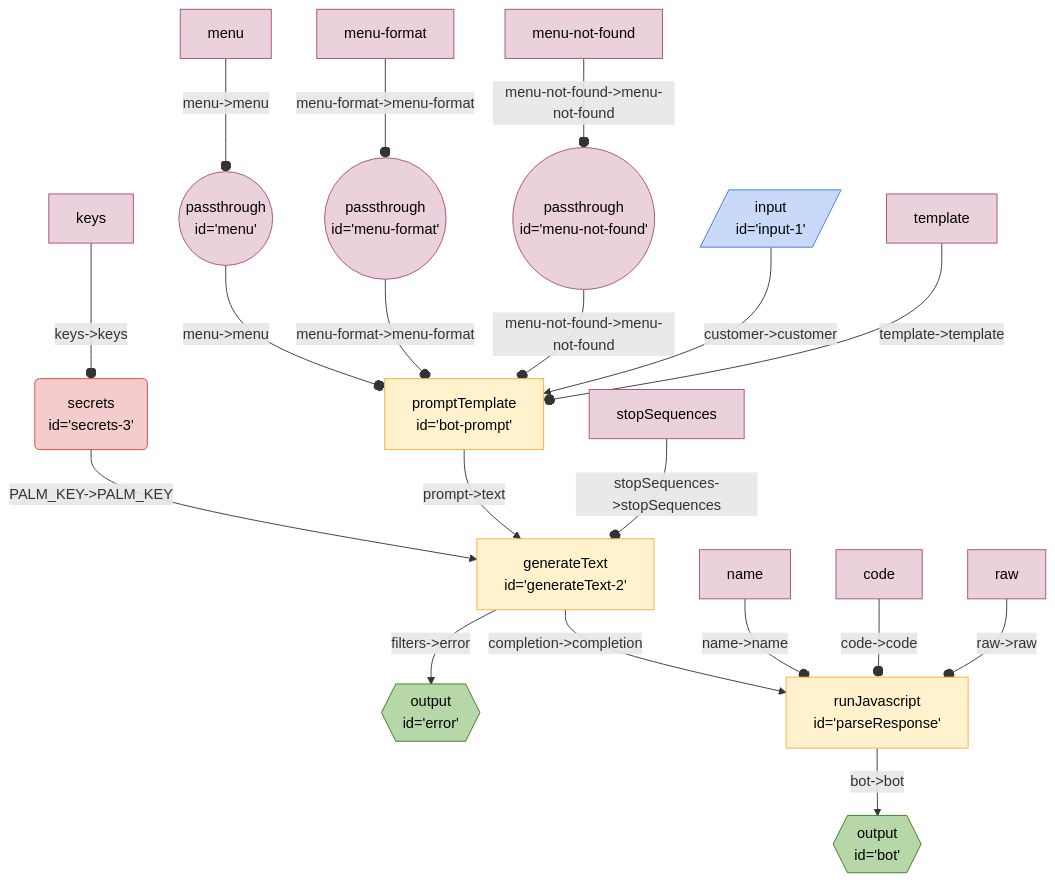
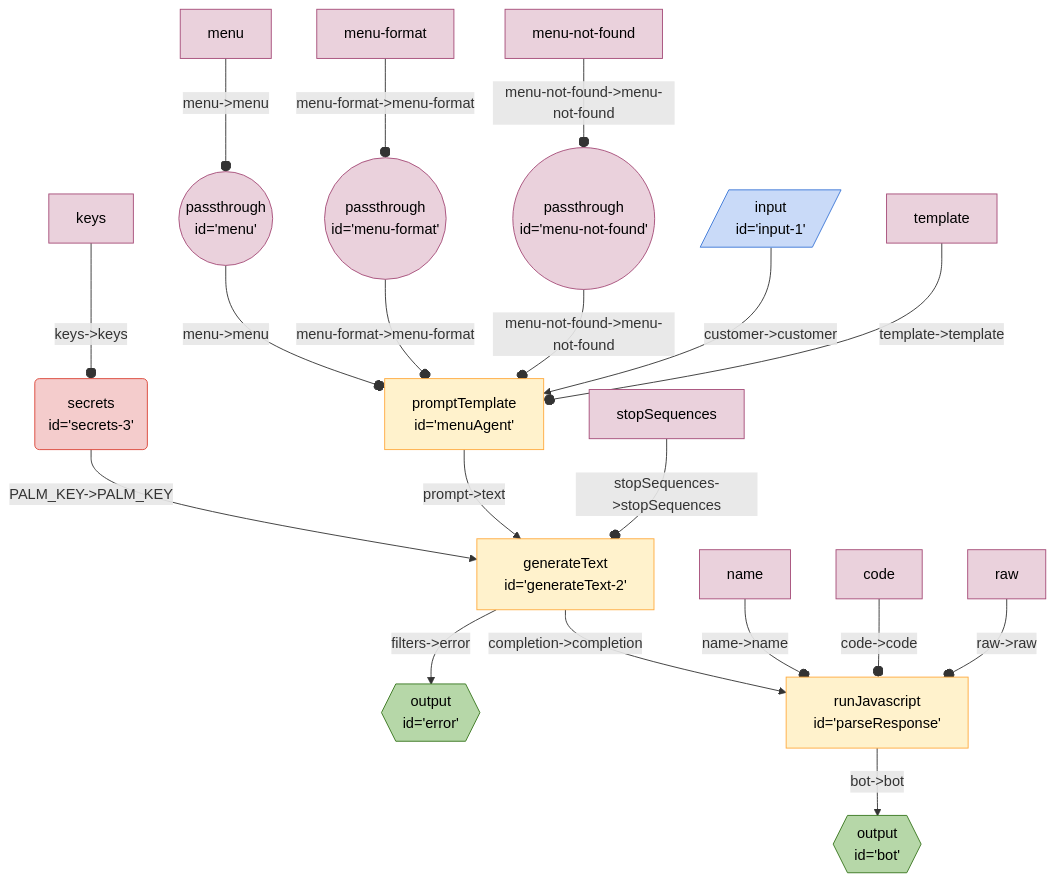
One commit to breadboard-ai/breadboard changed the diagram in seeds/coffee-bot-board/docs/menu-summary-agent.md. Above: the diagram before and after it, drawn with Mermaid. The commit also changed 9 other files, not shown here.

First line of the commit message:
[coffee-bot-board] Introduce `PromptMaker`

````diff
--- a/seeds/coffee-bot-board/docs/menu-summary-agent.md
+++ b/seeds/coffee-bot-board/docs/menu-summary-agent.md
@@ -3,30 +3,30 @@
 ```mermaid
 %%{init: 'themeVariables': { 'fontFamily': 'Fira Code, monospace' }}%%
 graph TD;
-menu(("passthrough <br> id='menu'")):::passthrough -- "menu->menu" --o botprompt["promptTemplate <br> id='bot-prompt'"]
-menuformat(("passthrough <br> id='menu-format'")):::passthrough -- "menu-format->menu-format" --o botprompt["promptTemplate <br> id='bot-prompt'"]
-menunotfound(("passthrough <br> id='menu-not-found'")):::passthrough -- "menu-not-found->menu-not-found" --o botprompt["promptTemplate <br> id='bot-prompt'"]
+menu(("passthrough <br> id='menu'")):::passthrough -- "menu->menu" --o menuAgent["promptTemplate <br> id='menuAgent'"]
+menuformat(("passthrough <br> id='menu-format'")):::passthrough -- "menu-format->menu-format" --o menuAgent["promptTemplate <br> id='menuAgent'"]
+menunotfound(("passthrough <br> id='menu-not-found'")):::passthrough -- "menu-not-found->menu-not-found" --o menuAgent["promptTemplate <br> id='menuAgent'"]
 generateText2["generateText <br> id='generateText-2'"] -- "filters->error" --> error{{"output <br> id='error'"}}:::output
 secrets3("secrets <br> id='secrets-3'"):::secrets -- "PALM_KEY->PALM_KEY" --> generateText2["generateText <br> id='generateText-2'"]
 parseResponse["runJavascript <br> id='parseResponse'"] -- "bot->bot" --> bot{{"output <br> id='bot'"}}:::output
 generateText2["generateText <br> id='generateText-2'"] -- "completion->completion" --> parseResponse["runJavascript <br> id='parseResponse'"]
-botprompt["promptTemplate <br> id='bot-prompt'"] -- "prompt->text" --> generateText2["generateText <br> id='generateText-2'"]
-input1[/"input <br> id='input-1'"/]:::input -- "customer->customer" --> botprompt["promptTemplate <br> id='bot-prompt'"]
-templatebotprompt[template]:::config -- "template->template" --o botprompt
+menuAgent["promptTemplate <br> id='menuAgent'"] -- "prompt->text" --> generateText2["generateText <br> id='generateText-2'"]
+input1[/"input <br> id='input-1'"/]:::input -- "customer->customer" --> menuAgent["promptTemplate <br> id='menuAgent'"]
+templatemenuAgent[template]:::config -- "template->template" --o menuAgent
 menumenu[menu]:::config -- "menu->menu" --o menu
 menuformatmenuformat[menu-format]:::config -- "menu-format->menu-format" --o menuformat
 menunotfoundmenunotfound[menu-not-found]:::config -- "menu-not-found->menu-not-found" --o menunotfound
 stopSequencesgenerateText2[stopSequences]:::config -- "stopSequences->stopSequences" --o generateText2
 keyssecrets3[keys]:::config -- "keys->keys" --o secrets3
 nameparseResponse[name]:::config -- "name->name" --o parseResponse
 codeparseResponse[code]:::config -- "code->code" --o parseResponse
 rawparseResponse[raw]:::config -- "raw->raw" --o parseResponse
 classDef default stroke:#ffab40,fill:#fff2ccff,color:#000
 classDef input stroke:#3c78d8,fill:#c9daf8ff,color:#000
 classDef output stroke:#38761d,fill:#b6d7a8ff,color:#000
 classDef passthrough stroke:#a64d79,fill:#ead1dcff,color:#000
 classDef slot stroke:#a64d79,fill:#ead1dcff,color:#000
 classDef config stroke:#a64d79,fill:#ead1dcff,color:#000
 classDef secrets stroke:#db4437,fill:#f4cccc,color:#000
 classDef slotted stroke:#a64d79
 ```
````
